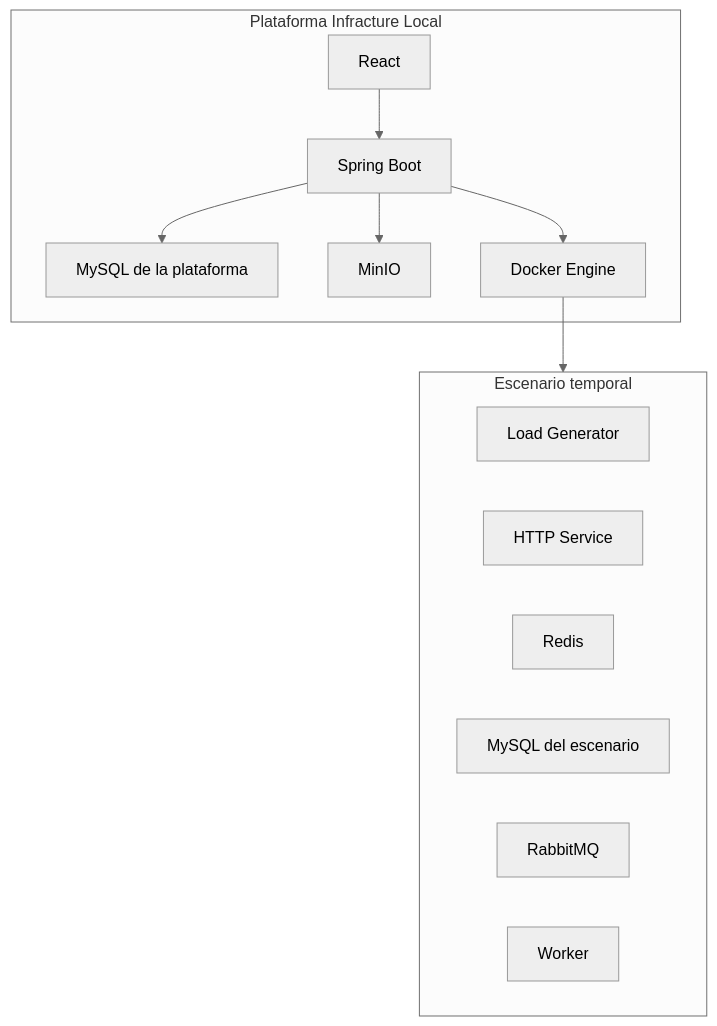
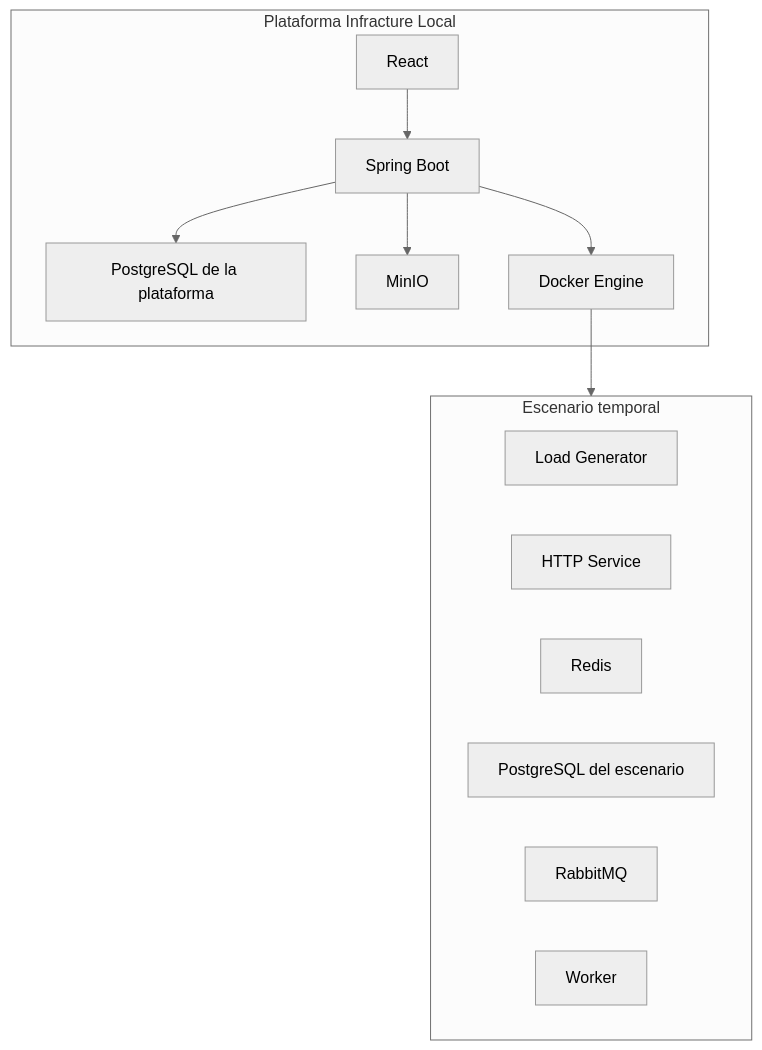
Before and after one commit to codeurjc-students/2026-INFRACTURE: the first of 4 diagrams in docs/EXECUTION_ARCHITECTURE.md, drawn with Mermaid (neutral theme). The commit also changed other lines of this file and 3 other files, not shown here.

Commit message:
feat: Update database references from MySQL to PostgreSQL and enhance documentation for start Phase 2

````diff
--- a/docs/EXECUTION_ARCHITECTURE.md
+++ b/docs/EXECUTION_ARCHITECTURE.md
@@ -51,26 +51,26 @@
 ```mermaid
 flowchart TB
     subgraph PLATFORM["Plataforma Infracture Local"]
         React["React"]
         Backend["Spring Boot"]
-        PlatformDb["MySQL de la plataforma"]
+        PlatformDb["PostgreSQL de la plataforma"]
         MinIO["MinIO"]
         Docker["Docker Engine"]
 
         React --> Backend
         Backend --> PlatformDb
         Backend --> MinIO
         Backend --> Docker
     end
 
     subgraph EXECUTION["Escenario temporal"]
         Load["Load Generator"]
         Http["HTTP Service"]
         Redis["Redis"]
-        ScenarioDb["MySQL del escenario"]
+        ScenarioDb["PostgreSQL del escenario"]
         Rabbit["RabbitMQ"]
         Worker["Worker"]
     end
 
     Docker --> EXECUTION
 ```
````
